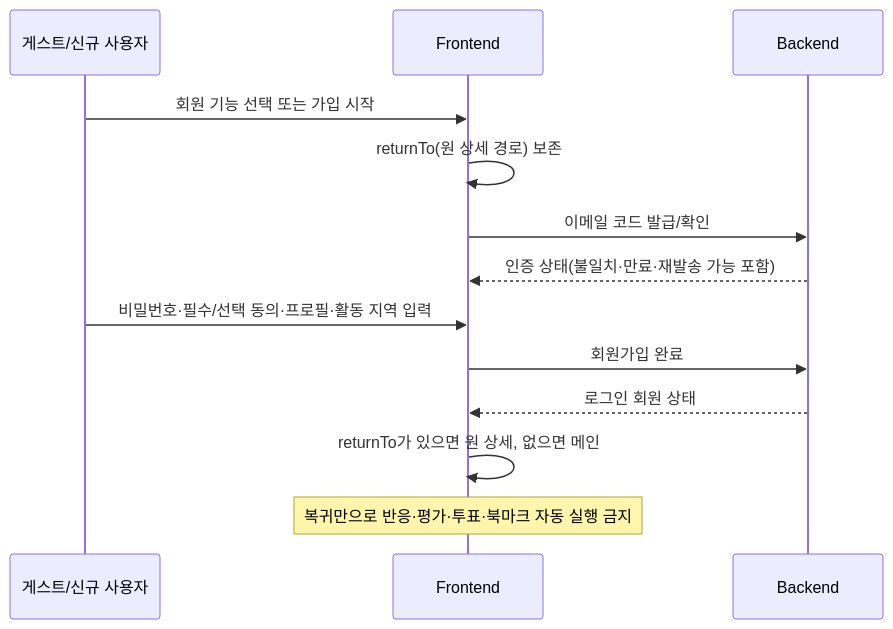
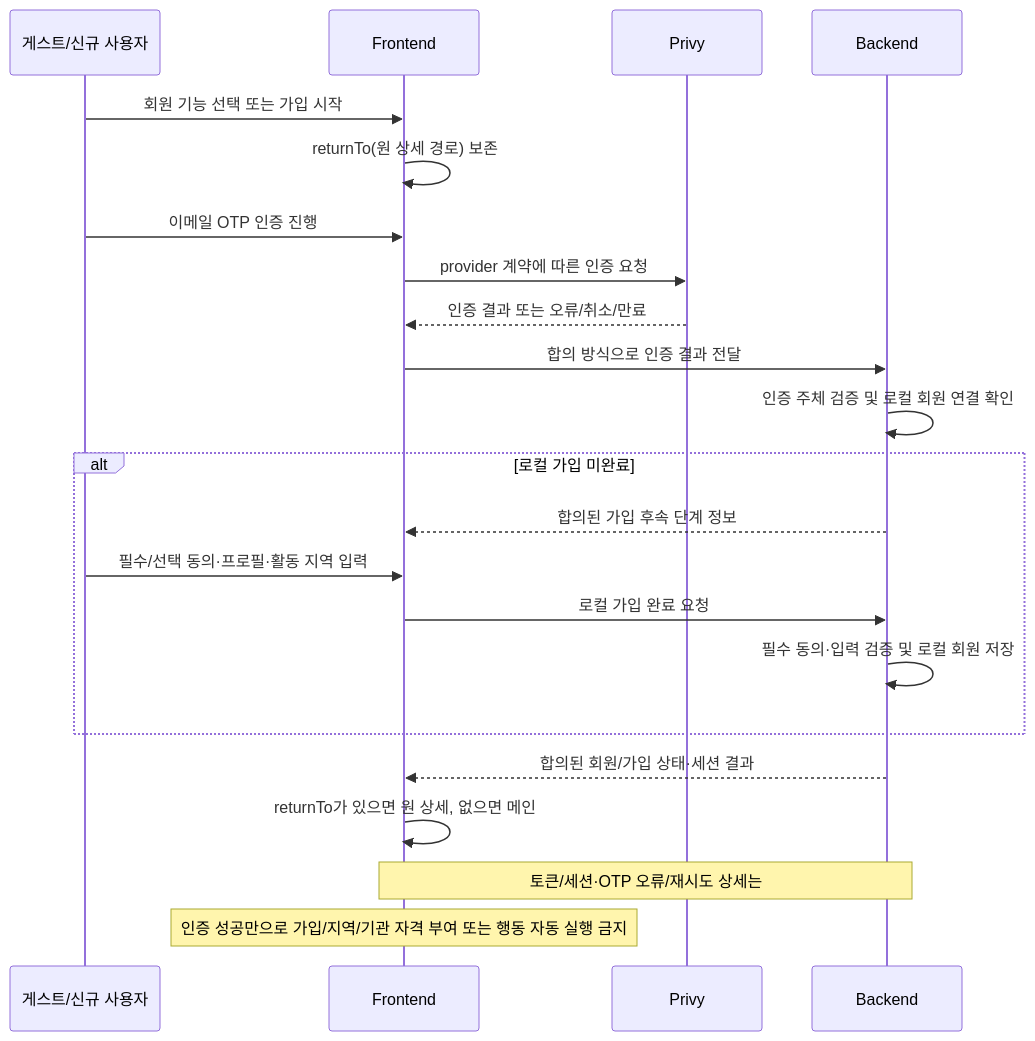
One commit to 2026-KW-HACKATHON/33_Last-Stand-Before-Enlistment changed the second of 8 diagrams in docs/specs/Discushion_MVP_백엔드_프론트엔드_통합_지침서.md. Above: the diagram before and after it, drawn with Mermaid. The commit also changed other lines of this file and 8 other files, not shown here.

````diff
--- a/docs/specs/Discushion_MVP_백엔드_프론트엔드_통합_지침서.md
+++ b/docs/specs/Discushion_MVP_백엔드_프론트엔드_통합_지침서.md
@@ -318,15 +452,24 @@
 ```mermaid
 sequenceDiagram
   participant G as 게스트/신규 사용자
   participant FE as Frontend
+  participant P as Privy
   participant BE as Backend
   G->>FE: 회원 기능 선택 또는 가입 시작
   FE->>FE: returnTo(원 상세 경로) 보존
-  FE->>BE: 이메일 코드 발급/확인
-  BE-->>FE: 인증 상태(불일치·만료·재발송 가능 포함)
-  G->>FE: 비밀번호·필수/선택 동의·프로필·활동 지역 입력
-  FE->>BE: 회원가입 완료
-  BE-->>FE: 로그인 회원 상태
+  G->>FE: 이메일 OTP 인증 진행
+  FE->>P: provider 계약에 따른 인증 요청
+  P-->>FE: 인증 결과 또는 오류/취소/만료
+  FE->>BE: 합의 방식으로 인증 결과 전달
+  BE->>BE: 인증 주체 검증 및 로컬 회원 연결 확인
+  alt 로컬 가입 미완료
+    BE-->>FE: 합의된 가입 후속 단계 정보
+    G->>FE: 필수/선택 동의·프로필·활동 지역 입력
+    FE->>BE: 로컬 가입 완료 요청
+    BE->>BE: 필수 동의·입력 검증 및 로컬 회원 저장
+  end
+  BE-->>FE: 합의된 회원/가입 상태·세션 결과
   FE->>FE: returnTo가 있으면 원 상세, 없으면 메인
-  Note over FE: 복귀만으로 반응·평가·투표·북마크 자동 실행 금지
+  Note over FE,BE: 토큰/세션·OTP 오류/재시도 상세는 #74 합의
+  Note over FE: 인증 성공만으로 가입/지역/기관 자격 부여 또는 행동 자동 실행 금지
 ```
````
